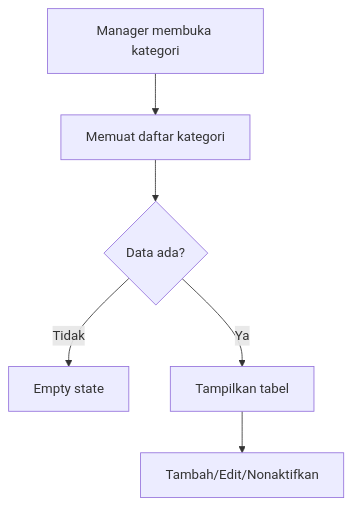
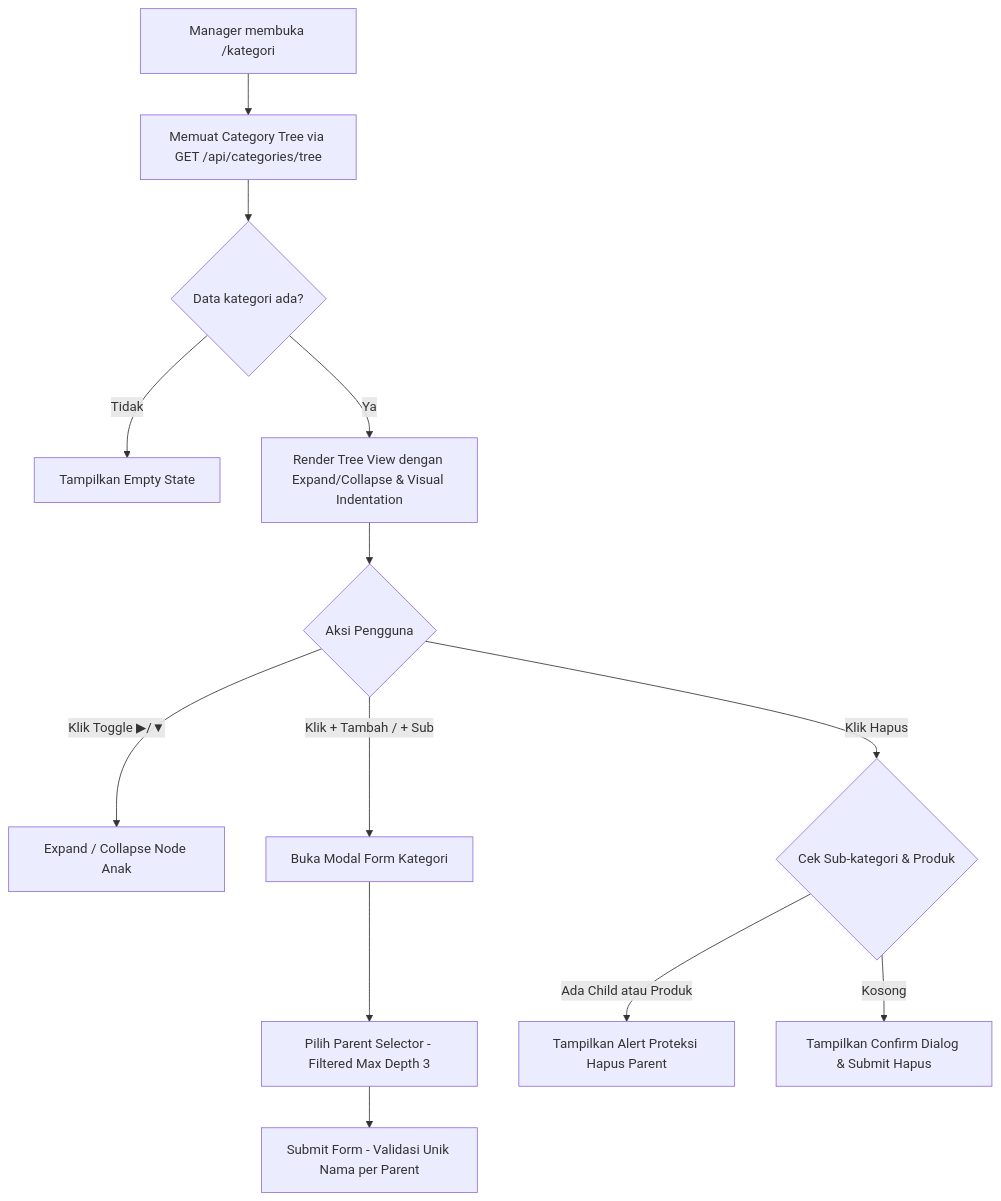
Before and after one commit to suju0227/pos_apotek_risyah: diagram 13 of 29 in docs/04_UI_UX_FLOW_POS_APOTEK.md, drawn with Mermaid. The commit also changed other lines of this file and 2 other files, not shown here.

Commit message:
docs: sync business rules, UI flow, and task breakdown

````diff
--- a/docs/04_UI_UX_FLOW_POS_APOTEK.md
+++ b/docs/04_UI_UX_FLOW_POS_APOTEK.md
@@ -1002,8 +1121,15 @@
 ```mermaid
 flowchart TD
-    A[Manager membuka kategori] --> B[Memuat daftar kategori]
-    B --> C{Data ada?}
-    C -->|Tidak| D[Empty state]
-    C -->|Ya| E[Tampilkan tabel]
-    E --> F[Tambah/Edit/Nonaktifkan]
+    A[Manager membuka /kategori] --> B[Memuat Category Tree via GET /api/categories/tree]
+    B --> C{Data kategori ada?}
+    C -->|Tidak| D[Tampilkan Empty State]
+    C -->|Ya| E[Render Tree View dengan Expand/Collapse & Visual Indentation]
+    E --> F{Aksi Pengguna}
+    F -->|Klik Toggle ▶/▼| G[Expand / Collapse Node Anak]
+    F -->|Klik + Tambah / + Sub| H[Buka Modal Form Kategori]
+    H --> I[Pilih Parent Selector - Filtered Max Depth 3]
+    I --> J[Submit Form - Validasi Unik Nama per Parent]
+    F -->|Klik Hapus| K{Cek Sub-kategori & Produk}
+    K -->|Ada Child atau Produk| L[Tampilkan Alert Proteksi Hapus Parent]
+    K -->|Kosong| M[Tampilkan Confirm Dialog & Submit Hapus]
 ```
````
